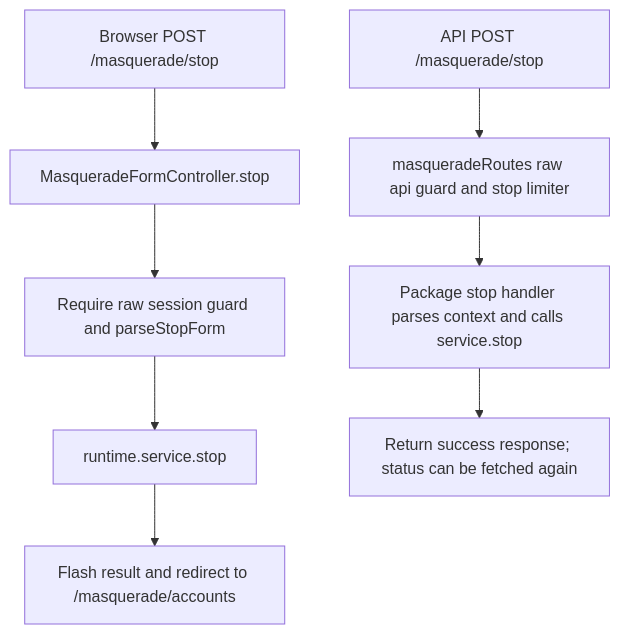
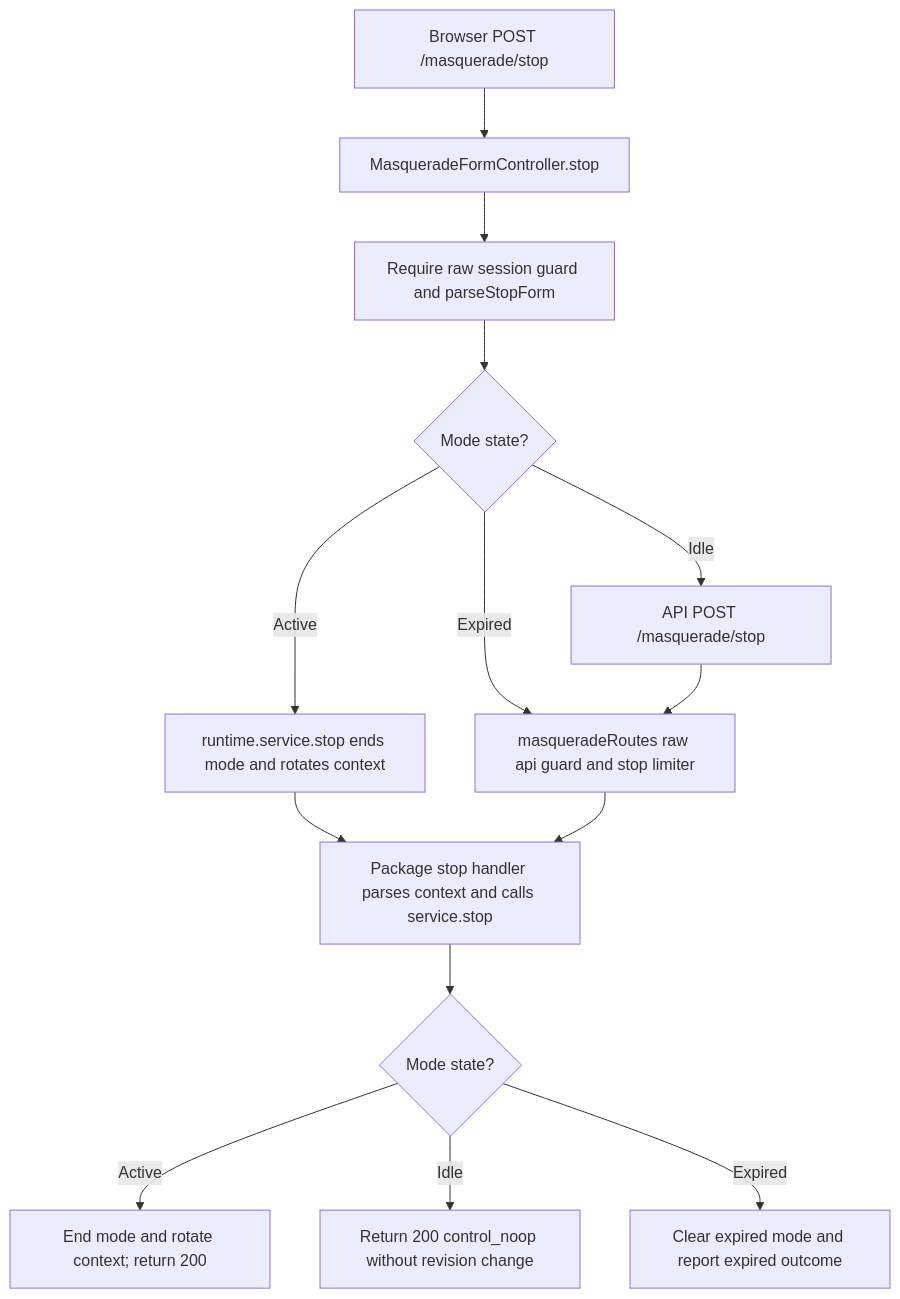
One commit to Kevinjohn/oss-adonisjs-starter-examples changed the second of 2 diagrams in user-stories/support/us-masq-04-stop-support-mode.md. Above: the diagram before and after it, drawn with Mermaid. The commit also changed other lines of this file and 5 other files, not shown here.

````diff
--- a/user-stories/support/us-masq-04-stop-support-mode.md
+++ b/user-stories/support/us-masq-04-stop-support-mode.md
@@ -38,10 +42,16 @@
 ```mermaid
 flowchart TD
     A["Browser POST /masquerade/stop"] --> B["MasqueradeFormController.stop"]
     B --> C["Require raw session guard and parseStopForm"]
-    C --> D["runtime.service.stop"]
-    D --> E["Flash result and redirect to /masquerade/accounts"]
+    C --> D{"Mode state?"}
+    D -->|Active| E["runtime.service.stop ends mode and rotates context"]
+    D -->|Idle| F["API returns control_noop without a revision change"]
+    D -->|Expired| G["Clear expired mode and return expired outcome"]
+    E --> H["Flash result and redirect to /masquerade/accounts"]
     F["API POST /masquerade/stop"] --> G["masqueradeRoutes raw api guard and stop limiter"]
     G --> H["Package stop handler parses context and calls service.stop"]
-    H --> I["Return success response; status can be fetched again"]
+    H --> I{"Mode state?"}
+    I -->|Active| J["End mode and rotate context; return 200"]
+    I -->|Idle| K["Return 200 control_noop without revision change"]
+    I -->|Expired| L["Clear expired mode and report expired outcome"]
 ```
````
